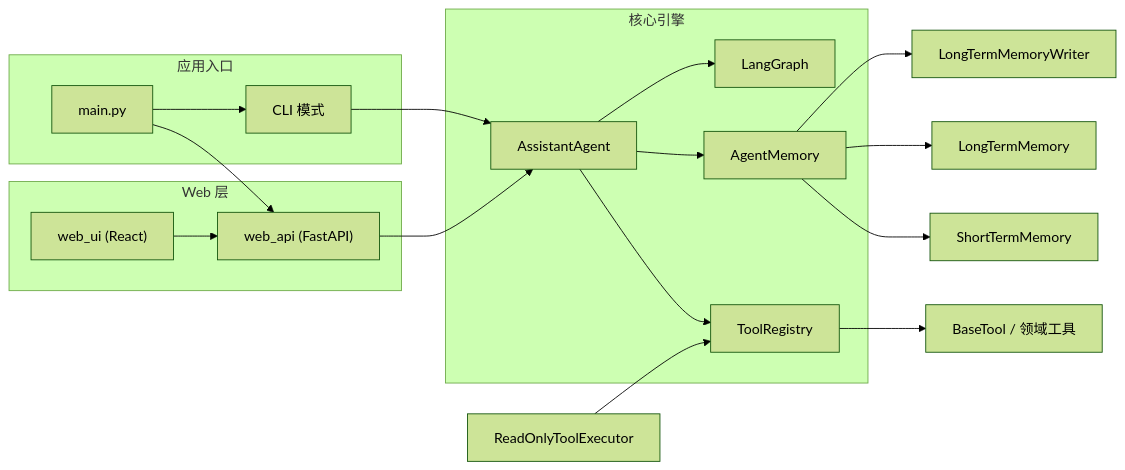
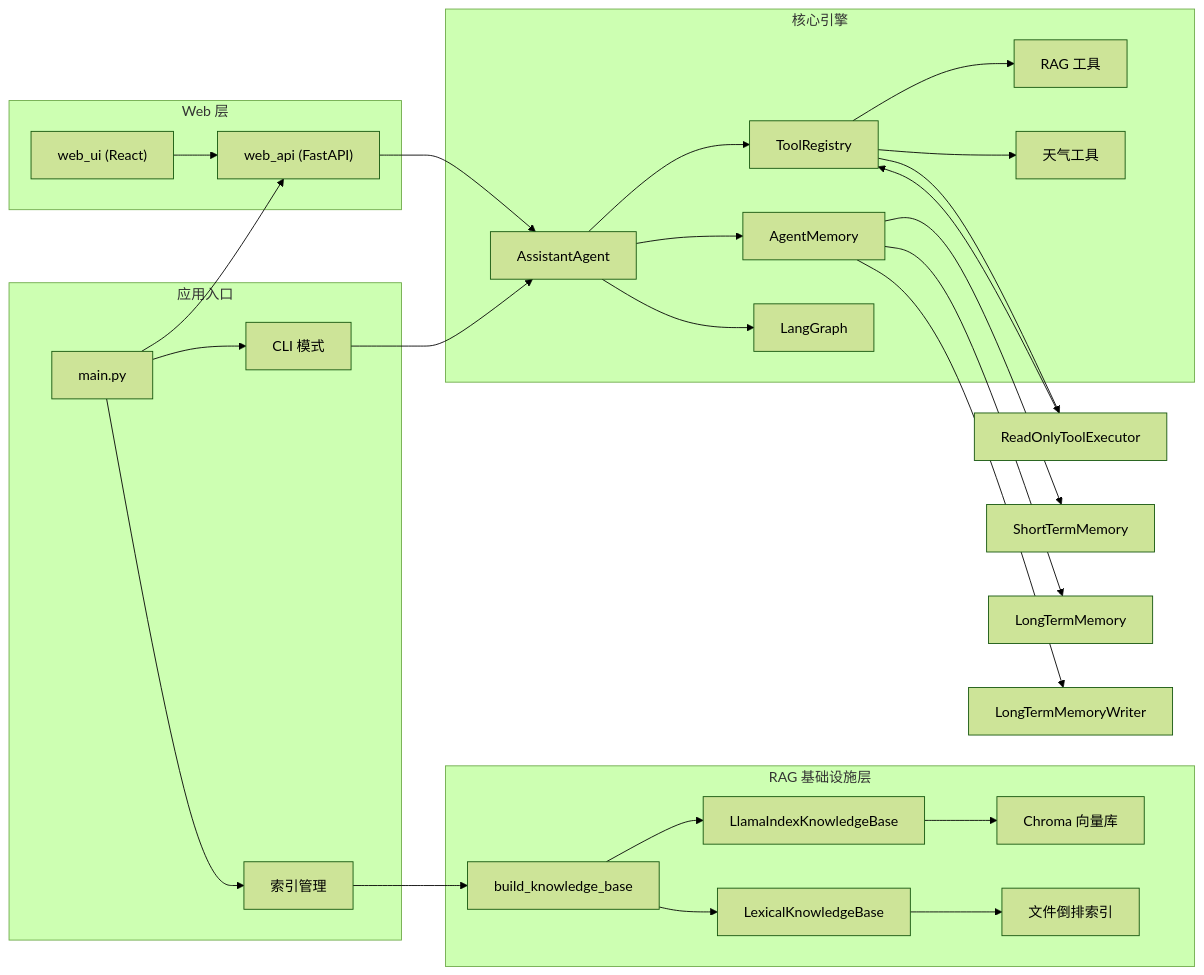
Before and after one commit to xyx1028/agentHelp: diagram 16 of 16 in .qoder/repowiki/zh/content/架构设计/架构设计.md, drawn with Mermaid (forest theme). The commit also changed other lines of this file and 115 other files, not shown here.

````diff
--- a/.qoder/repowiki/zh/content/架构设计/架构设计.md
+++ b/.qoder/repowiki/zh/content/架构设计/架构设计.md
@@ -542,22 +662,32 @@
 ```mermaid
 graph LR
 subgraph "Web 层"
 WebUI["web_ui (React)"] --> WebAPI["web_api (FastAPI)"]
 end
 subgraph "应用入口"
 Main["main.py"] --> WebAPI
 Main --> CLI["CLI 模式"]
+Main --> IndexMgmt["索引管理"]
+end
+subgraph "RAG 基础设施层"
+RAGFactory["build_knowledge_base"] --> VectorDB["LlamaIndexKnowledgeBase"]
+RAGFactory --> LexicalDB["LexicalKnowledgeBase"]
+VectorDB --> Chroma["Chroma 向量库"]
+LexicalDB --> FileIndex["文件倒排索引"]
 end
 subgraph "核心引擎"
 Agent["AssistantAgent"] --> Registry["ToolRegistry"]
 Agent --> Memory["AgentMemory"]
 Agent --> Graph["LangGraph"]
+Registry --> RAGTool["RAG 工具"]
+Registry --> WeatherTool["天气工具"]
 end
 WebAPI --> Agent
 CLI --> Agent
-Registry --> Tools["BaseTool / 领域工具"]
+IndexMgmt --> RAGFactory
+Registry --> Executor["ReadOnlyToolExecutor"]
 Memory --> Short["ShortTermMemory"]
 Memory --> Long["LongTermMemory"]
 Memory --> Writer["LongTermMemoryWriter"]
-Executor["ReadOnlyToolExecutor"] --> Registry
+Executor --> Registry
 ```
````
